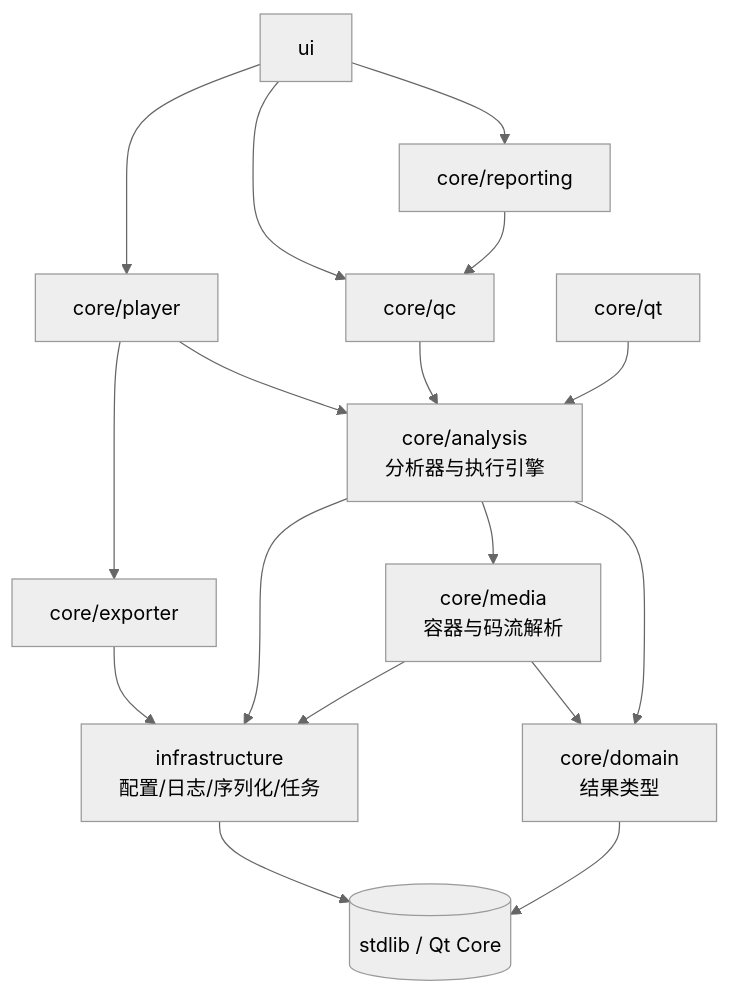
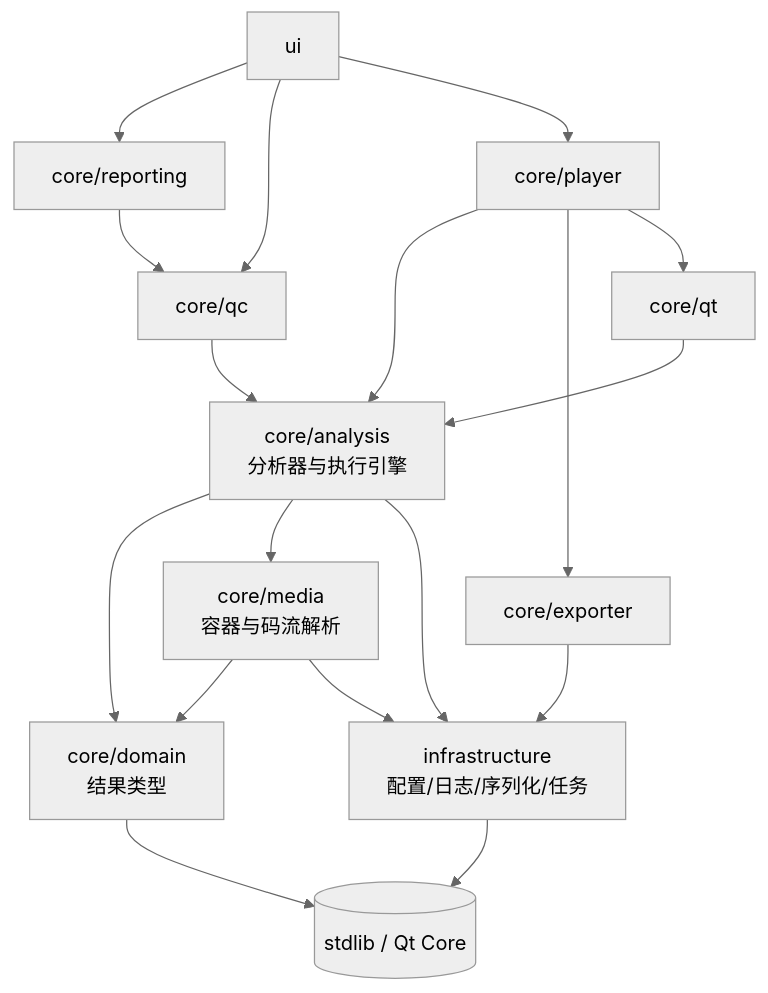
One commit to HZer0K/VideoEye changed the diagram in docs/ARCHITECTURE.md. Above: the diagram before and after it, drawn with Mermaid (neutral theme). The commit also changed other lines of this file and 19 other files, not shown here.

````diff
--- a/docs/ARCHITECTURE.md
+++ b/docs/ARCHITECTURE.md
@@ -41,19 +41,20 @@
 ```mermaid
 graph TD
     DOMAIN[core/domain<br/>结果类型] --> STD[(stdlib / Qt Core)]
     INFRA[infrastructure<br/>配置/日志/序列化/任务] --> STD
     MEDIA[core/media<br/>容器与码流解析] --> DOMAIN
     MEDIA --> INFRA
     ANALYSIS[core/analysis<br/>分析器与执行引擎] --> DOMAIN
     ANALYSIS --> MEDIA
     ANALYSIS --> INFRA
     EXPORTER[core/exporter] --> INFRA
     PLAYBACK[core/player] --> ANALYSIS
     PLAYBACK --> EXPORTER
+    PLAYBACK --> QTADAPTER
     QC[core/qc] --> ANALYSIS
     REPORTING[core/reporting] --> QC
     QTADAPTER[core/qt] --> ANALYSIS
     UI[ui] --> REPORTING
     UI --> QC
     UI --> PLAYBACK
 ```
````
